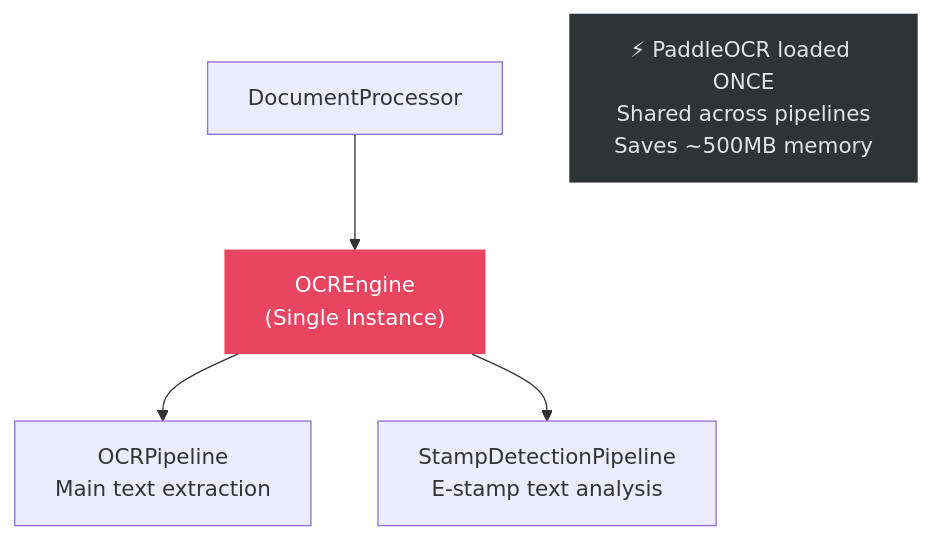
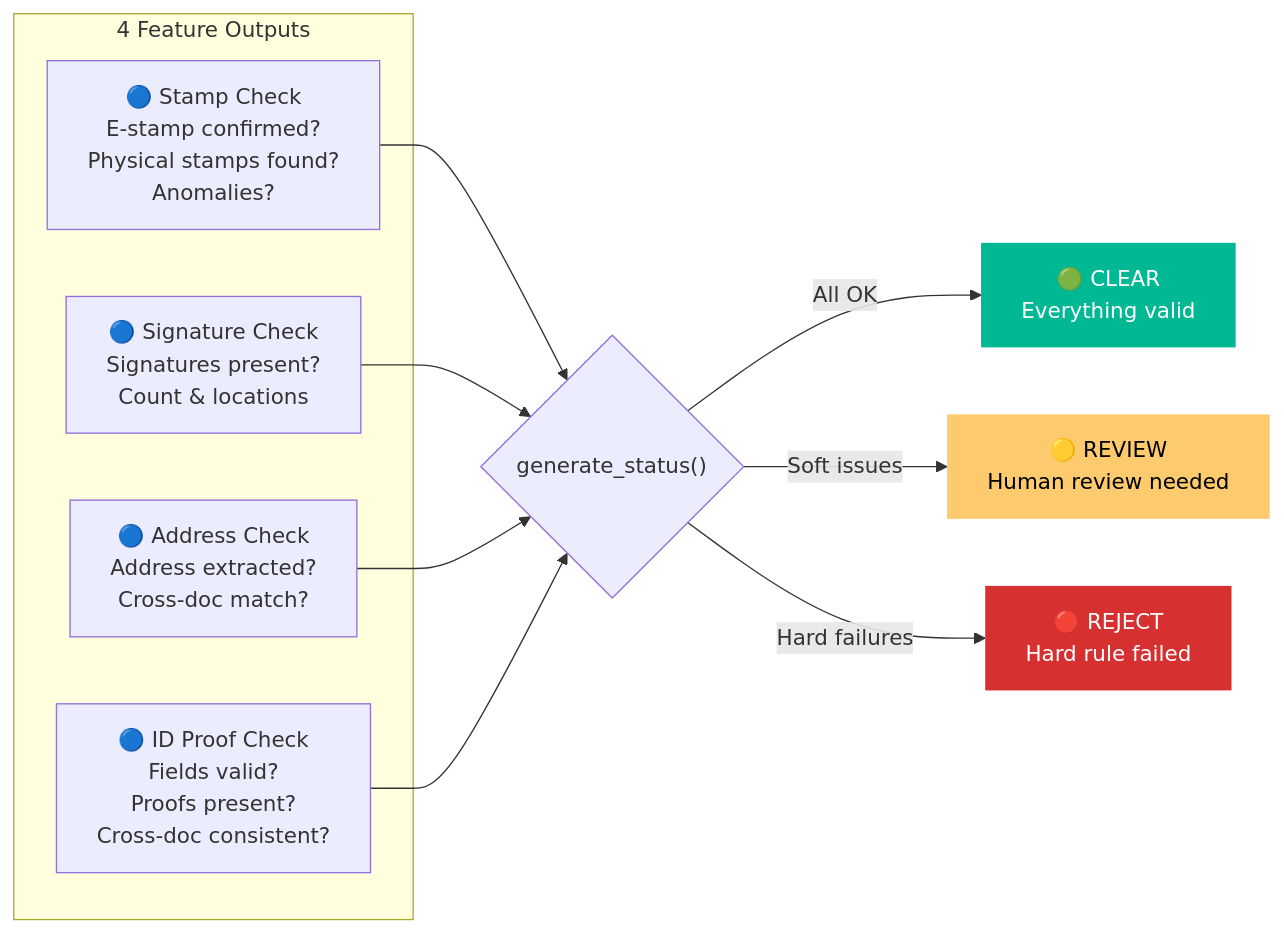
Diagram 11 of 11 in ARCHITECTURE.md (Sakshisingh-BV/Intellicheck-Docs), drawn with Mermaid before and after one commit. The commit also changed other lines of this file, not shown here.

````diff
--- a/ARCHITECTURE.md
+++ b/ARCHITECTURE.md
@@ -570,12 +649,23 @@
 ```mermaid
-graph TB
-    DP["DocumentProcessor"] --> OE["OCREngine<br/>(Single Instance)"]
-    
-    OE --> OP["OCRPipeline<br/>Main text extraction"]
-    OE --> SP["StampDetectionPipeline<br/>E-stamp text analysis"]
-    
-    Note["⚡ PaddleOCR loaded ONCE<br/>Shared across pipelines<br/>Saves ~500MB memory"]
+graph LR
+    subgraph "4 Feature Outputs"
+        F1["🔵 Stamp Check<br/>E-stamp confirmed?<br/>Physical stamps found?<br/>Anomalies?"]
+        F2["🔵 Signature Check<br/>Signatures present?<br/>Count & locations"]
+        F3["🔵 Address Check<br/>Address extracted?<br/>Cross-doc match?"]
+        F4["🔵 ID Proof Check<br/>Fields valid?<br/>Proofs present?<br/>Cross-doc consistent?"]
+    end
 
-    style OE fill:#e94560,color:#fff,stroke:none,stroke-width:2px
-    style Note fill:#2d3436,color:#dfe6e9,stroke:none
+    F1 --> VERDICT
+    F2 --> VERDICT
+    F3 --> VERDICT
+    F4 --> VERDICT
+
+    VERDICT{"generate_status()"}
+    VERDICT -->|All OK| CLEAR["🟢 CLEAR<br/>Everything valid"]
+    VERDICT -->|Soft issues| REVIEW["🟡 REVIEW<br/>Human review needed"]
+    VERDICT -->|Hard failures| REJECT["🔴 REJECT<br/>Hard rule failed"]
+
+    style CLEAR fill:#00b894,color:#fff,stroke:none
+    style REVIEW fill:#fdcb6e,color:#000,stroke:none
+    style REJECT fill:#d63031,color:#fff,stroke:none
 ```
````
